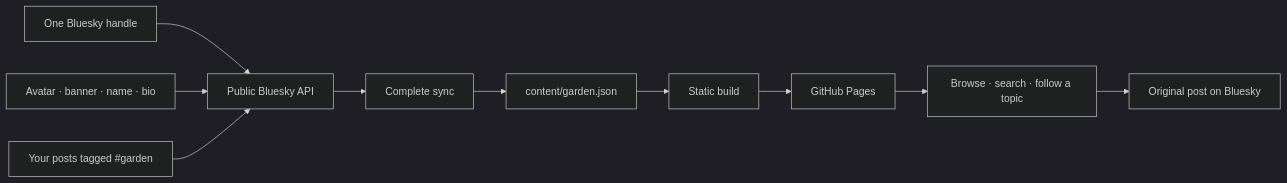
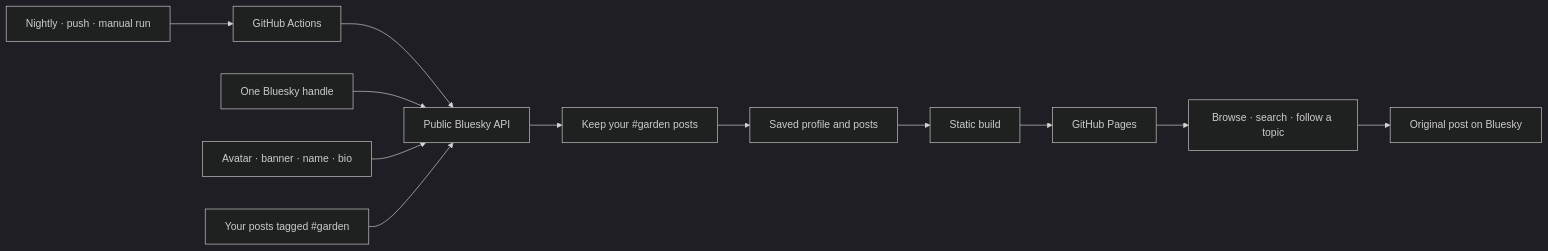
One commit to crs48/digitalgarden changed the diagram in README.md. Above: the diagram before and after it, drawn with Mermaid (dark theme). The commit also changed other lines of this file and 2 other files, not shown here.

First line of the commit message:
feat: publish nightly with a single Bluesky handle setting

````diff
--- a/README.md
+++ b/README.md
@@ -76,12 +79,14 @@
 ```mermaid
 flowchart LR
-  Handle["One Bluesky handle"] --> API[Public Bluesky API]
+  Trigger["Nightly · push · manual run"] --> Action[GitHub Actions]
+  Action --> API[Public Bluesky API]
+  Handle["One Bluesky handle"] --> API
   Profile["Avatar · banner · name · bio"] --> API
   Posts["Your posts tagged #garden"] --> API
-  API --> Sync[Complete sync]
-  Sync --> Snapshot["content/garden.json"]
+  API --> Sync["Keep your #garden posts"]
+  Sync --> Snapshot["Saved profile and posts"]
   Snapshot --> Build[Static build]
   Build --> Pages[GitHub Pages]
   Pages --> Reader[Browse · search · follow a topic]
   Reader --> Conversation[Original post on Bluesky]
 ```
````
